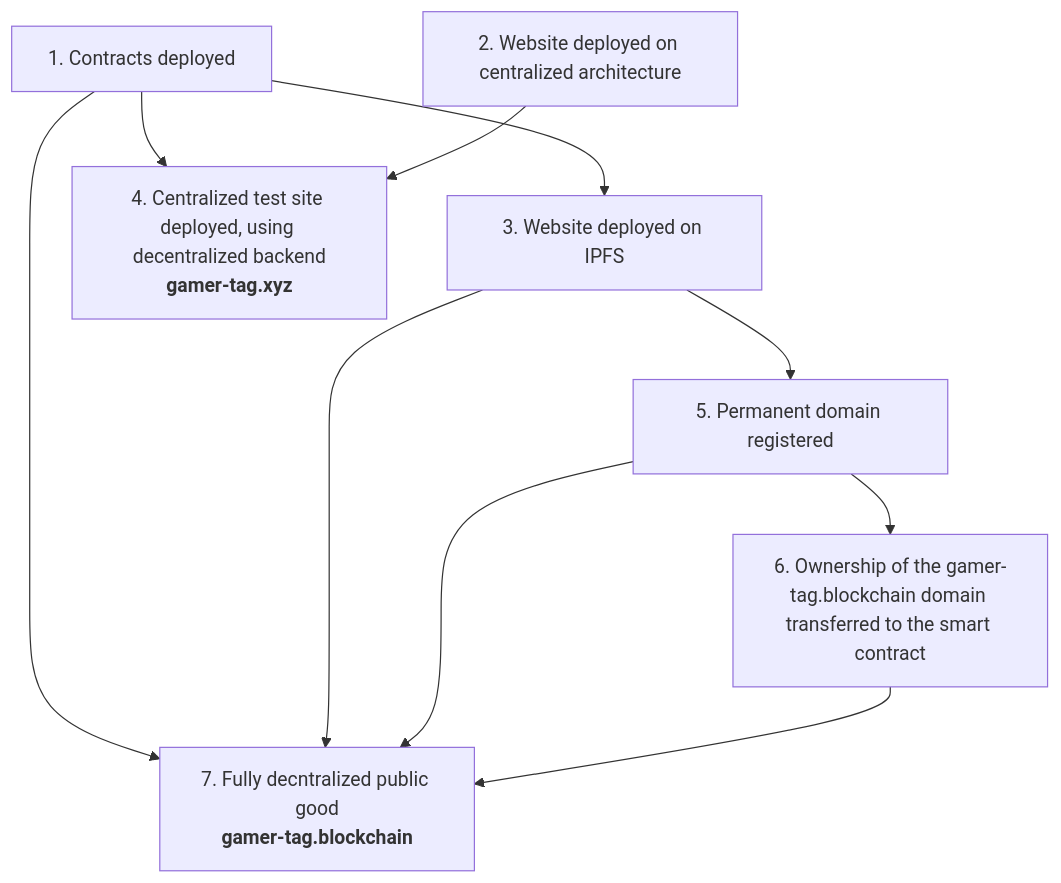
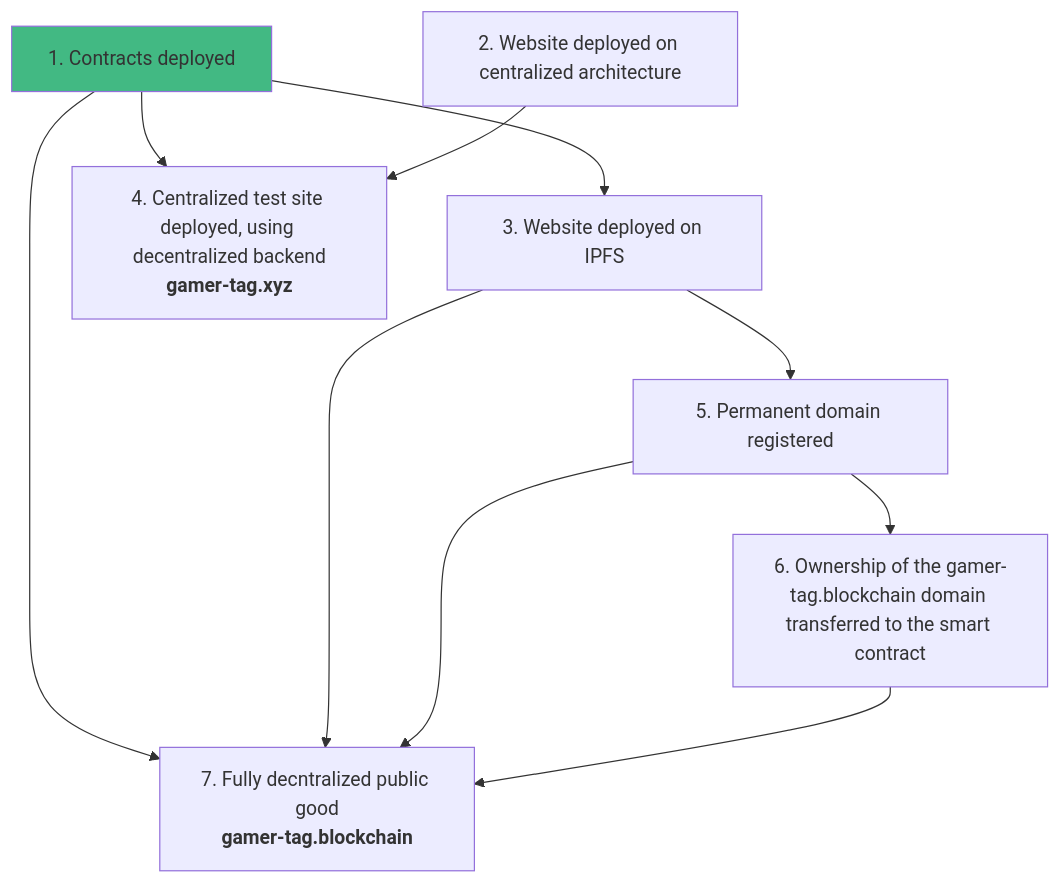
The diagram in README.md (TerryJHarrison/gamer-tag), drawn with Mermaid before and after one commit.

````diff
--- a/README.md
+++ b/README.md
@@ -9,25 +9,27 @@
 ```mermaid
 flowchart TD
 	contracts["1. Contracts deployed"]
 	
 	centralizedWeb["2. Website deployed on centralized architecture"]
 	decentralizedWeb["3. Website deployed on IPFS"]
 	
 	centralizedTestSite["4. Centralized test site deployed, using decentralized backend<br/><b>gamer-tag.xyz</b>"]
 	
 	permanentDomain["5. Permanent domain registered"]
 	noDomainOwner["6. Ownership of the gamer-tag.blockchain domain transferred to the smart contract"]
 	
 	decentralizedApplication["7. Fully decntralized public good<br/><b>gamer-tag.blockchain</b>"]
 	
 	contracts --> centralizedTestSite
 	centralizedWeb --> centralizedTestSite
 	
 	contracts --> decentralizedWeb
 	decentralizedWeb --> permanentDomain --> noDomainOwner
 	
 	contracts --> decentralizedApplication
 	decentralizedWeb --> decentralizedApplication
 	permanentDomain --> decentralizedApplication
 	noDomainOwner --> decentralizedApplication
+	
+	style contracts fill:#42b983
 ```
````
